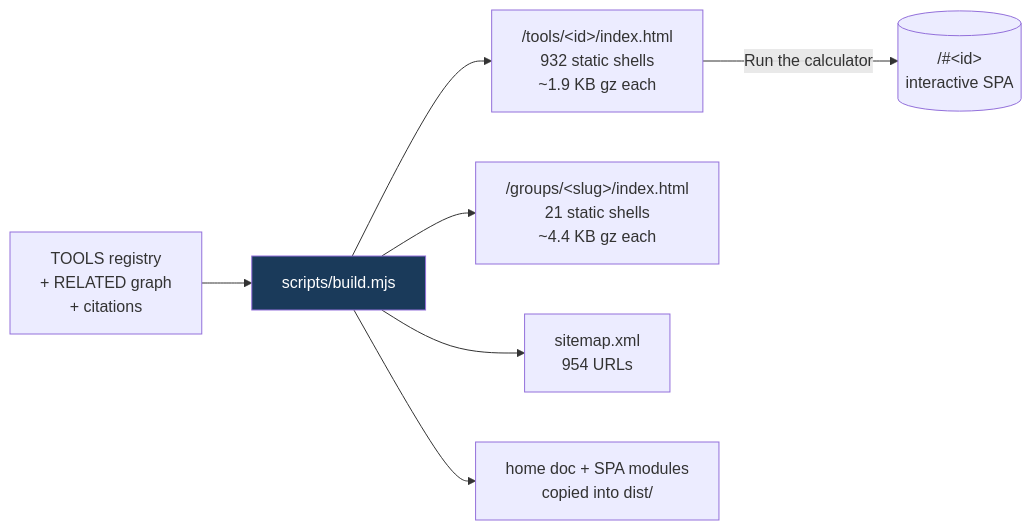
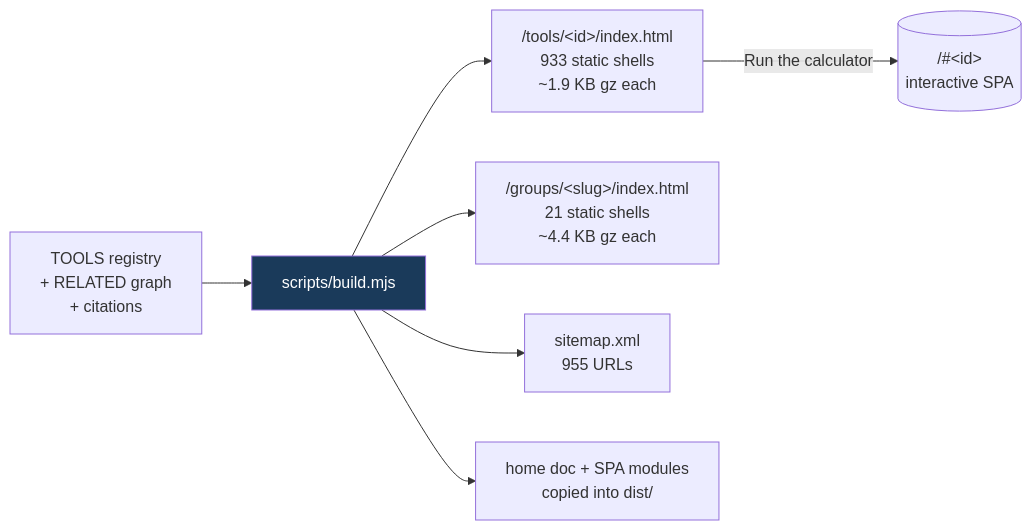
Before and after one commit to clay-good/roughlogic.com: the fifth of 8 diagrams in README.md, drawn with Mermaid. The commit also changed other lines of this file and 17 other files, not shown here.

````diff
--- a/README.md
+++ b/README.md
@@ -495,10 +495,10 @@
 ```mermaid
 flowchart LR
     SRC[TOOLS registry\n+ RELATED graph\n+ citations] --> BUILD[scripts/build.mjs]
-    BUILD --> TILE["/tools/&lt;id&gt;/index.html\n932 static shells\n~1.9 KB gz each"]
+    BUILD --> TILE["/tools/&lt;id&gt;/index.html\n933 static shells\n~1.9 KB gz each"]
     BUILD --> GROUP["/groups/&lt;slug&gt;/index.html\n21 static shells\n~4.4 KB gz each"]
-    BUILD --> MAP["sitemap.xml\n954 URLs"]
+    BUILD --> MAP["sitemap.xml\n955 URLs"]
     BUILD --> COPY[home doc + SPA modules\ncopied into dist/]
     TILE -->|Run the calculator| SPA[("/#&lt;id&gt;\ninteractive SPA")]
     style BUILD fill:#1a3a5a,color:#fff
 ```
````
